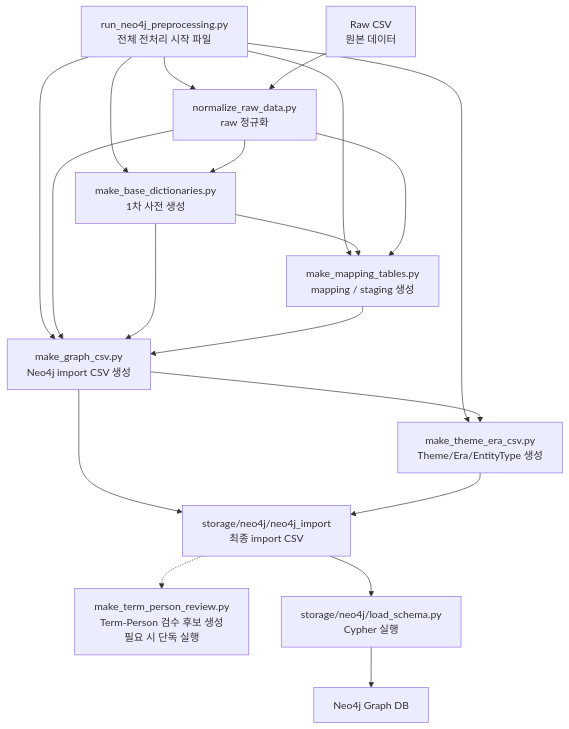
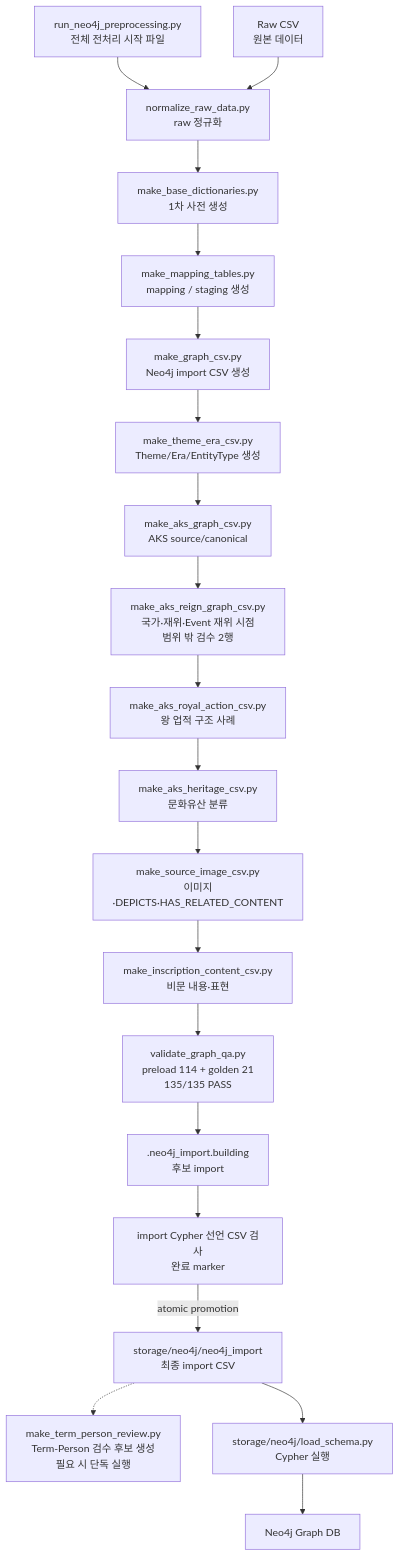
Before and after one commit to SKNETWORKS-FAMILY-AICAMP/SKN27-FINAL-2Team: the first of 20 diagrams in docs/neo4j/neo4j_implementation_mermaid_flow.md, drawn with Mermaid. The commit also changed other lines of this file and 24 other files, not shown here.

````diff
--- a/docs/neo4j/neo4j_implementation_mermaid_flow.md
+++ b/docs/neo4j/neo4j_implementation_mermaid_flow.md
@@ -24,35 +31,44 @@
 ```mermaid
 flowchart TB
     runner["run_neo4j_preprocessing.py<br/>전체 전처리 시작 파일"]
 
     raw["Raw CSV<br/>원본 데이터"]
     normalize["normalize_raw_data.py<br/>raw 정규화"]
     base_dict["make_base_dictionaries.py<br/>1차 사전 생성"]
     mapping["make_mapping_tables.py<br/>mapping / staging 생성"]
     graph_csv["make_graph_csv.py<br/>Neo4j import CSV 생성"]
     theme_era["make_theme_era_csv.py<br/>Theme/Era/EntityType 생성"]
+    aks["make_aks_graph_csv.py<br/>AKS source/canonical"]
+    reign["make_aks_reign_graph_csv.py<br/>국가·재위·Event 재위 시점<br/>범위 밖 검수 2행"]
+    action["make_aks_royal_action_csv.py<br/>왕 업적 구조 사례"]
+    heritage["make_aks_heritage_csv.py<br/>문화유산 분류"]
+    image["make_source_image_csv.py<br/>이미지·DEPICTS·HAS_RELATED_CONTENT"]
+    inscription["make_inscription_content_csv.py<br/>비문 내용·표현"]
+    qa["validate_graph_qa.py<br/>preload 114 + golden 21<br/>135/135 PASS"]
+    declared["import Cypher 선언 CSV 검사<br/>완료 marker"]
+    candidate[".neo4j_import.building<br/>후보 import"]
     term_person_review["make_term_person_review.py<br/>Term-Person 검수 후보 생성<br/>필요 시 단독 실행"]
     import_dir["storage/neo4j/neo4j_import<br/>최종 import CSV"]
     schema_runner["storage/neo4j/load_schema.py<br/>Cypher 실행"]
     neo4j["Neo4j Graph DB"]
 
     runner --> normalize
-    runner --> base_dict
-    runner --> mapping
-    runner --> graph_csv
-    runner --> theme_era
-
     raw --> normalize
     normalize --> base_dict
     base_dict --> mapping
-    normalize --> mapping
-    normalize --> graph_csv
-    base_dict --> graph_csv
     mapping --> graph_csv
-    graph_csv --> import_dir
     graph_csv --> theme_era
-    theme_era --> import_dir
+    theme_era --> aks
+    aks --> reign
+    reign --> action
+    action --> heritage
+    heritage --> image
+    image --> inscription
+    inscription --> qa
+    qa --> candidate
+    candidate --> declared
+    declared -->|"atomic promotion"| import_dir
     import_dir -.-> term_person_review
     import_dir --> schema_runner
     schema_runner --> neo4j
 ```
````
